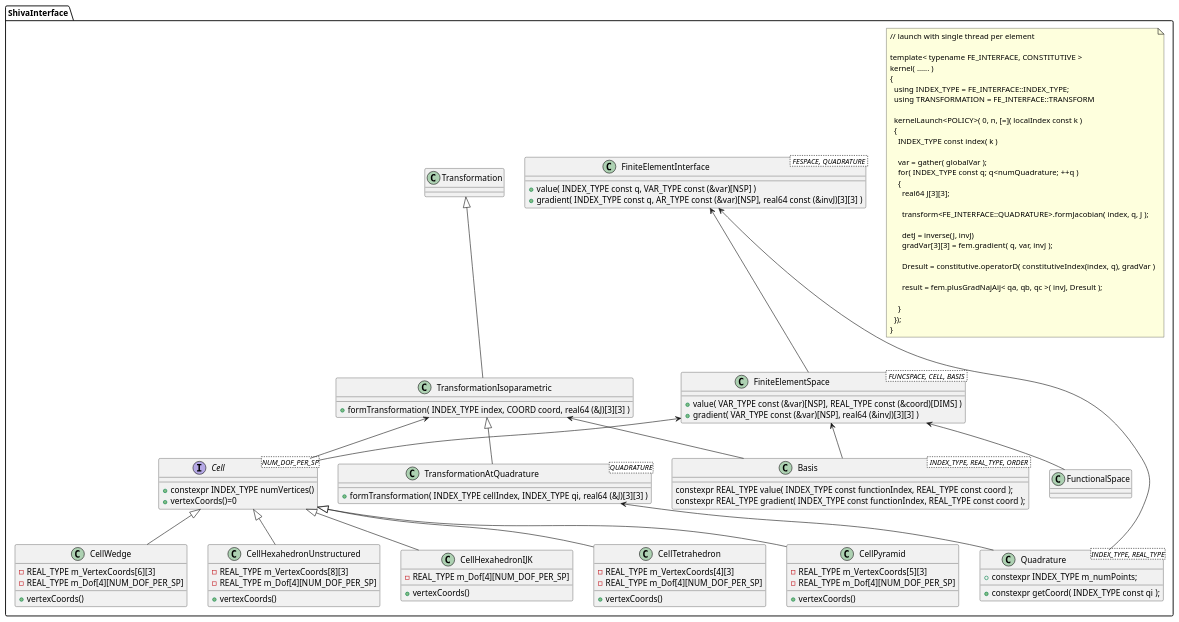
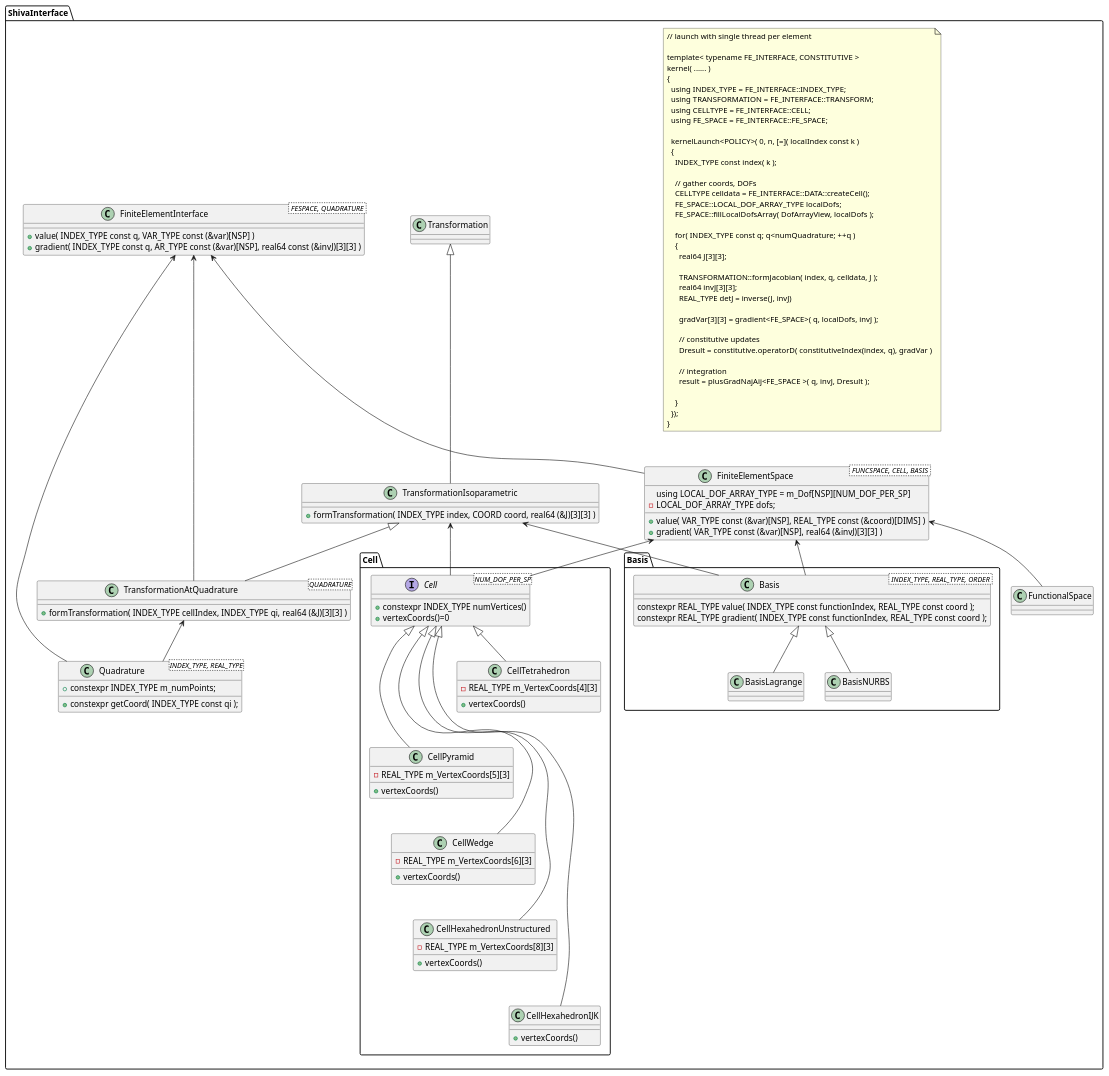
One commit to GEOS-DEV/GEOS changed the diagram in src/coreComponents/mesh/newMesh/ShivaInterface.plantuml. Above: the diagram before and after it, drawn with PlantUML.

Commit message:
modifications to shiva interface uml

```diff
--- a/src/coreComponents/mesh/newMesh/ShivaInterface.plantuml
+++ b/src/coreComponents/mesh/newMesh/ShivaInterface.plantuml
@@ -1,140 +1,160 @@
 @startuml(id=ShivaInterface)
 
 !pragma useNewPackage
 set separator .
 
 
 namespace ShivaInterface {
 
 note as N1
   // launch with single thread per element
 
   template< typename FE_INTERFACE, CONSTITUTIVE >
   kernel( ...... )
   {
     using INDEX_TYPE = FE_INTERFACE::INDEX_TYPE;
-    using TRANSFORMATION = FE_INTERFACE::TRANSFORM
+    using TRANSFORMATION = FE_INTERFACE::TRANSFORM;
+    using CELLTYPE = FE_INTERFACE::CELL;
+    using FE_SPACE = FE_INTERFACE::FE_SPACE;
 
     kernelLaunch<POLICY>( 0, n, [=]( localIndex const k )
     {
-      INDEX_TYPE const index( k )
+      INDEX_TYPE const index( k );
 
-      var = gather( globalVar );
+      // gather coords, DOFs
+      CELLTYPE celldata = FE_INTERFACE::DATA::createCell();
+      FE_SPACE::LOCAL_DOF_ARRAY_TYPE localDofs;
+      FE_SPACE::fillLocalDofsArray( DofArrayView, localDofs );
+
       for( INDEX_TYPE const q; q<numQuadrature; ++q )
       {
         real64 J[3][3];
 
-        transform<FE_INTERFACE::QUADRATURE>.formJacobian( index, q, J );
+        TRANSFORMATION::formJacobian( index, q, celldata, J );
+        real64 invJ[3][3];
+        REAL_TYPE detJ = inverse(J, invJ)
 
-        detJ = inverse(J, invJ)
-        gradVar[3][3] = fem.gradient( q, var, invJ );
+        gradVar[3][3] = gradient<FE_SPACE>( q, localDofs, invJ );
         
+        // constitutive updates
         Dresult = constitutive.operatorD( constitutiveIndex(index, q), gradVar )
 
-        result = fem.plusGradNajAij< qa, qb, qc >( invJ, Dresult );
+        // integration 
+        result = plusGradNajAij<FE_SPACE >( q, invJ, Dresult );
 
       }
     });
   }
 endnote
 
 
 
 class Transformation {
 }
 
 class TransformationIsoparametric {
   +formTransformation( INDEX_TYPE index, COORD coord, real64 (&J)[3][3] )
 
 
 }
 
 class TransformationAtQuadrature<QUADRATURE> {
   +formTransformation( INDEX_TYPE cellIndex, INDEX_TYPE qi, real64 (&J)[3][3] )
 }
 
 class FiniteElementSpace< FUNCSPACE, CELL, BASIS > {
   +value( VAR_TYPE const (&var)[NSP], REAL_TYPE const (&coord)[DIMS] )
   +gradient( VAR_TYPE const (&var)[NSP], real64 (&invJ)[3][3] )
+  using LOCAL_DOF_ARRAY_TYPE = m_Dof[NSP][NUM_DOF_PER_SP]
+  -LOCAL_DOF_ARRAY_TYPE dofs;
 }
 
 class FiniteElementInterface< FESPACE, QUADRATURE >  {
   +value( INDEX_TYPE const q, VAR_TYPE const (&var)[NSP] )
   +gradient( INDEX_TYPE const q, AR_TYPE const (&var)[NSP], real64 const (&invJ)[3][3] )
 }
 
 
+namespace Basis {
 class Basis< INDEX_TYPE, REAL_TYPE, ORDER > {
   constexpr REAL_TYPE value( INDEX_TYPE const functionIndex, REAL_TYPE const coord );
   constexpr REAL_TYPE gradient( INDEX_TYPE const functionIndex, REAL_TYPE const coord );
+}
+
+class BasisLagrange {
 
 }
 
+class BasisNURBS {
+}
+
+Basis <|-- BasisLagrange
+Basis <|-- BasisNURBS
+
+}
 
 class Quadrature<INDEX_TYPE, REAL_TYPE> {
 +constexpr INDEX_TYPE m_numPoints;
 +constexpr getCoord( INDEX_TYPE const qi );
 }
 
 
+namespace Cell {
 interface Cell<NUM_DOF_PER_SP> {
   +constexpr INDEX_TYPE numVertices()
   +vertexCoords()=0
 }
 
 class CellTetrahedron {
   -REAL_TYPE m_VertexCoords[4][3]
-  -REAL_TYPE m_Dof[4][NUM_DOF_PER_SP]
   +vertexCoords()
 }
 
 class CellPyramid {
   -REAL_TYPE m_VertexCoords[5][3]
-  -REAL_TYPE m_Dof[4][NUM_DOF_PER_SP]
   +vertexCoords()
 }
 
 class CellWedge {
   -REAL_TYPE m_VertexCoords[6][3]
-  -REAL_TYPE m_Dof[4][NUM_DOF_PER_SP]
   +vertexCoords()
 }
 
 class CellHexahedronUnstructured {
   -REAL_TYPE m_VertexCoords[8][3]
-  -REAL_TYPE m_Dof[4][NUM_DOF_PER_SP]
   +vertexCoords()
 }
 
 class CellHexahedronIJK {
-  -REAL_TYPE m_Dof[4][NUM_DOF_PER_SP]
   +vertexCoords()
 }
 
 
 
 
 Cell <|-- CellTetrahedron
-Cell <|-- CellPyramid
-Cell <|-- CellWedge
-Cell <|-- CellHexahedronUnstructured
-Cell <|-- CellHexahedronIJK
-
+Cell <|--- CellPyramid
+Cell <|---- CellWedge
+Cell <|----- CellHexahedronUnstructured
+Cell <|------ CellHexahedronIJK
+}
 
 
 FiniteElementInterface <-- FiniteElementSpace
 FiniteElementInterface <-- Quadrature
 FiniteElementSpace <-- FunctionalSpace
-FiniteElementSpace <-- Basis
-FiniteElementSpace <-- Cell
+FiniteElementSpace <-- Basis.Basis
+FiniteElementSpace <-- Cell.Cell
 
 Transformation <|-- TransformationIsoparametric
 TransformationIsoparametric <|-- TransformationAtQuadrature
-TransformationIsoparametric <-- Basis
-TransformationIsoparametric <-- Cell
+TransformationIsoparametric <-- Basis.Basis
+TransformationIsoparametric <-- Cell.Cell
 TransformationAtQuadrature <-- Quadrature
+
+FiniteElementInterface <-- TransformationAtQuadrature
 
 }
 
 
 @enduml
```
